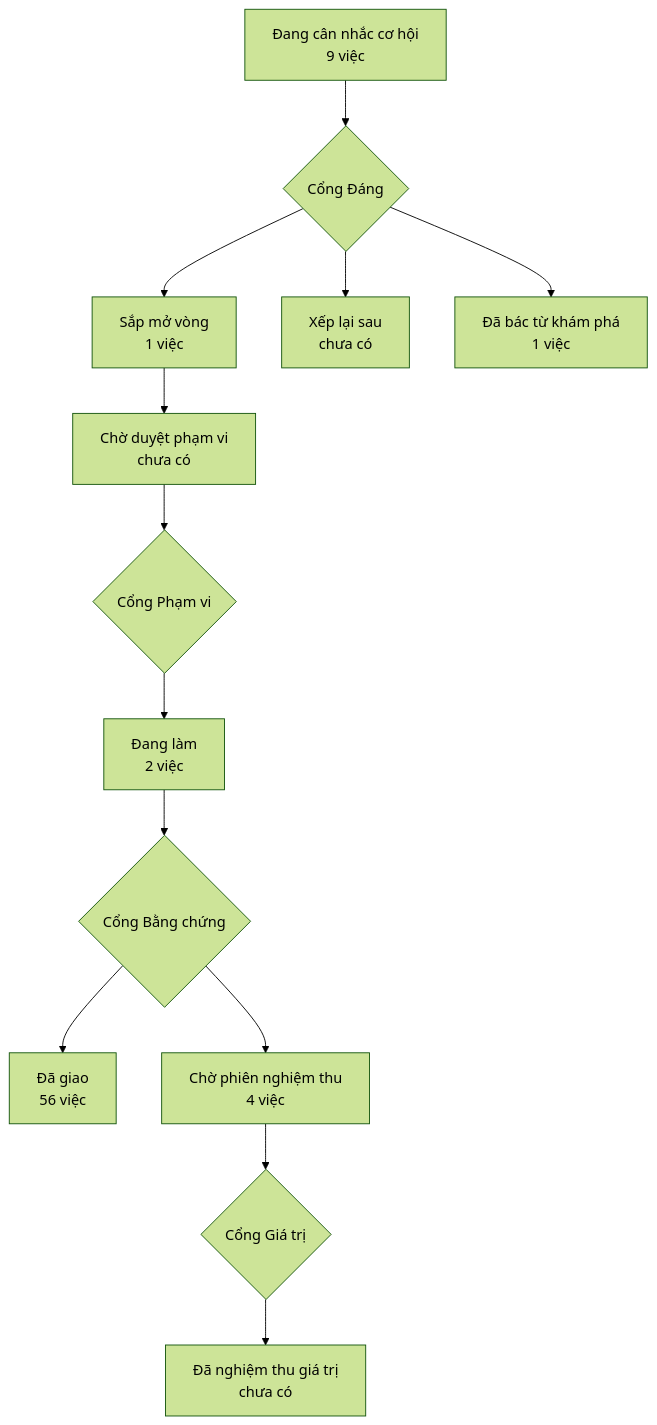
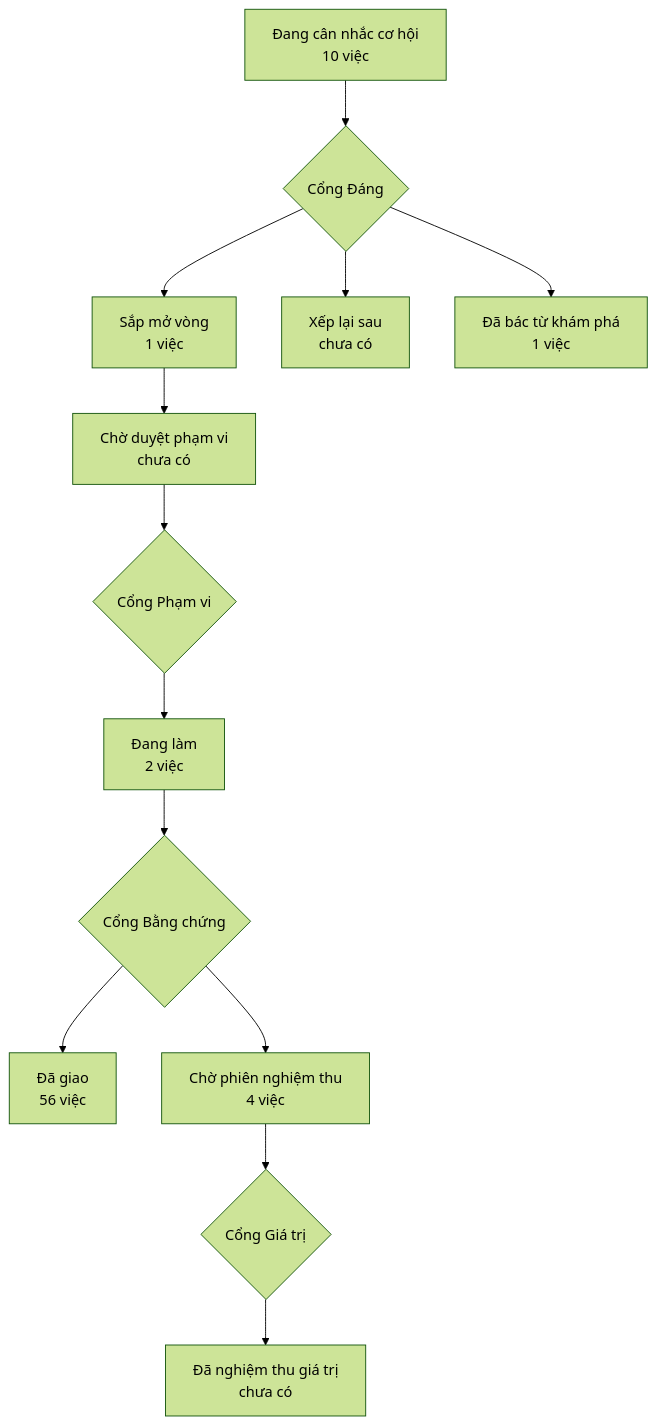
Before and after one commit to phanlemanh/acceptance-gate-kit: the diagram in PRODUCT-MAP.md, drawn with Mermaid (forest theme). The commit also changed other lines of this file and 2 other files, not shown here.

Commit message:
feat(hat-giong): mở ô «làn máy sống qua bộ phân loại» (A+B) — owner gật 25/08
Ô nhận từ retro 3 tuần: ~15 vòng S4 chết vì bộ phân loại, ≥28M token cho 0
bằng chứng. Hai việc một ô:
- A: cho-phép-sẵn các lệnh kiểm CỐ ĐỊNH của kho trong .claude/settings.json
  (+ khuôn acceptance-init khuyên consumer làm tương tự) — chặn gốc.
- B: nhánh BLOCKED của nghi thức thêm đường thoái hoá — lượt fan-out bị chặn
  vì bộ phân loại → lượt kế đi verify độc lập tuần tự (tiền lệ đã chứng 2/2:
  chip A r4, chip B r1). Đây chính là ứng viên hạt giống (c) 21/08 chưa từng mở.

Ngưỡng đề xuất trong opportunity.md — owner chốt CÙNG LƯỢT chữ ký Cổng Đáng.
Out of scope: C fail-fast (chạm engine) · mint run_id · hai lỗ nghi thức khác
họ. Kèm retro làm hồ sơ khám phá. Bản đồ dựng lại cùng lượt.

````diff
--- a/PRODUCT-MAP.md
+++ b/PRODUCT-MAP.md
@@ -6,12 +6,12 @@
 ```mermaid
 flowchart TD
-  A["Đang cân nhắc cơ hội<br/>9 việc"] --> GD{"Cổng Đáng"}
+  A["Đang cân nhắc cơ hội<br/>10 việc"] --> GD{"Cổng Đáng"}
   GD --> B["Sắp mở vòng<br/>1 việc"]
   GD --> XL["Xếp lại sau<br/>chưa có"]
   GD --> DB["Đã bác từ khám phá<br/>1 việc"]
   B --> CD["Chờ duyệt phạm vi<br/>chưa có"] --> GP{"Cổng Phạm vi"}
   GP --> DL["Đang làm<br/>2 việc"] --> GB{"Cổng Bằng chứng"}
   GB --> DG["Đã giao<br/>56 việc"]
   GB --> CN["Chờ phiên nghiệm thu<br/>4 việc"] --> GG{"Cổng Giá trị"}
   GG --> NT["Đã nghiệm thu giá trị<br/>chưa có"]
 ```
````
